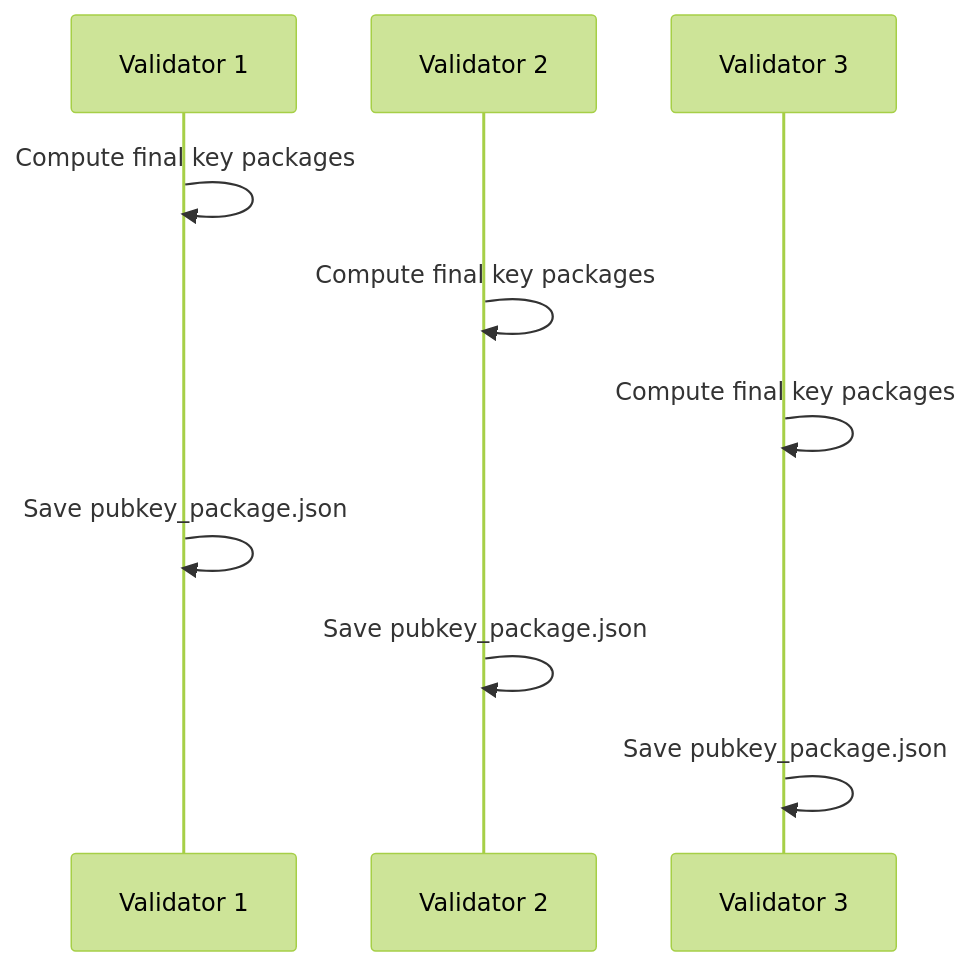
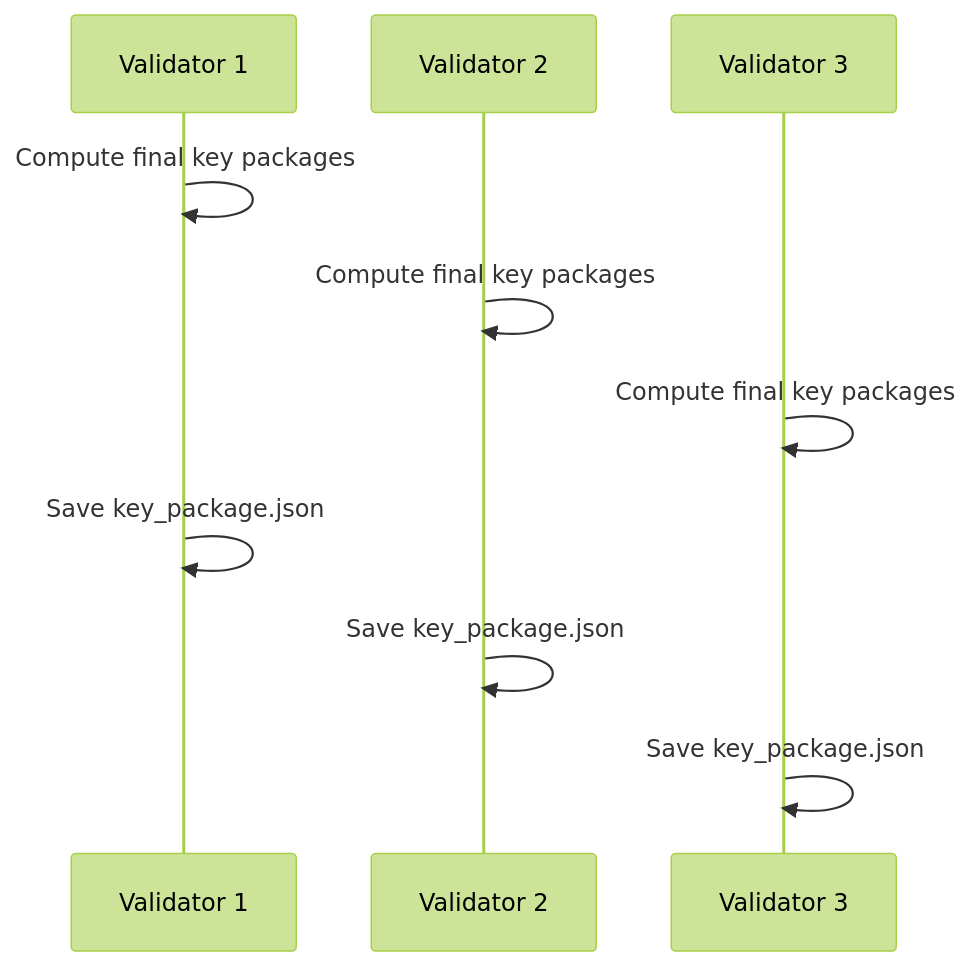
Before and after one commit to Arch-Network/docs-fumadocs: the third of 12 diagrams in content/docs/core-concepts/consensus.mdx, drawn with Mermaid (forest theme). The commit also changed other lines of this file and 28 other files, not shown here.

````diff
--- a/content/docs/core-concepts/consensus.mdx
+++ b/content/docs/core-concepts/consensus.mdx
@@ -131,14 +134,14 @@
 ```mermaid
 sequenceDiagram
     participant V1 as Validator 1
     participant V2 as Validator 2
     participant V3 as Validator 3
     
     V1->>V1: Compute final key packages
     V2->>V2: Compute final key packages
     V3->>V3: Compute final key packages
     
-    V1->>V1: Save pubkey_package.json
-    V2->>V2: Save pubkey_package.json
-    V3->>V3: Save pubkey_package.json
+    V1->>V1: Save key_package.json
+    V2->>V2: Save key_package.json
+    V3->>V3: Save key_package.json
 ```
````
